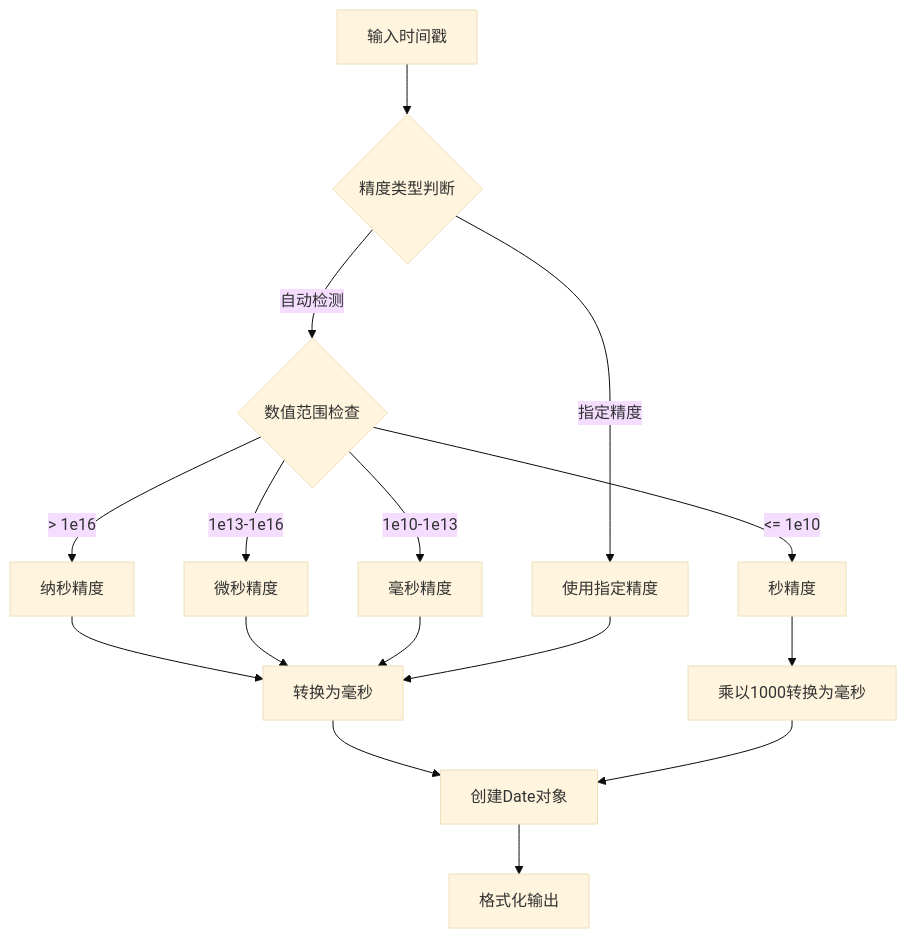
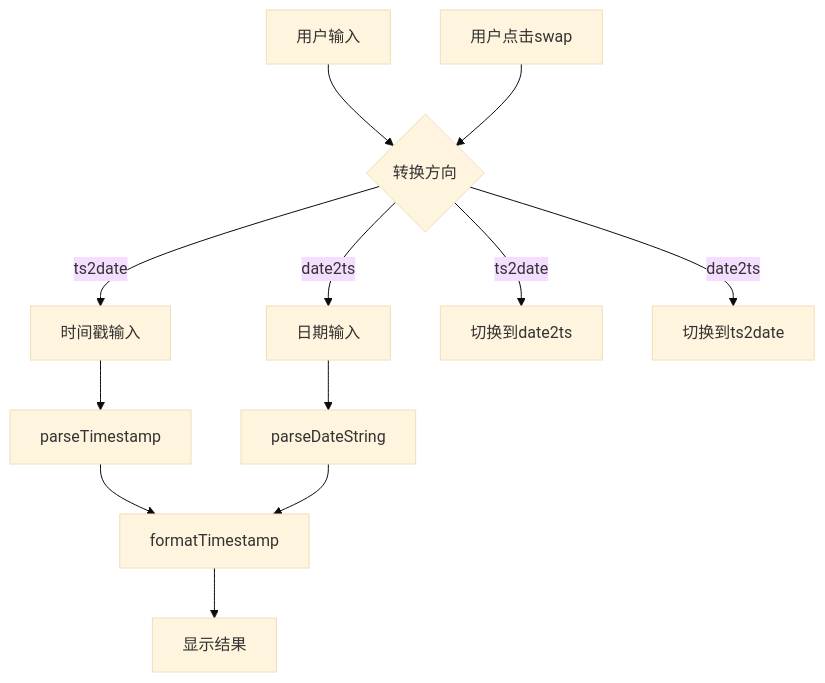
Before and after one commit to sgyy/privadeck: the fourth of 16 diagrams in .qoder/repowiki/zh/content/开发者工具/时间戳工具.md, drawn with Mermaid (base theme). The commit also changed other lines of this file and 3 other files, not shown here.

````diff
--- a/.qoder/repowiki/zh/content/开发者工具/时间戳工具.md
+++ b/.qoder/repowiki/zh/content/开发者工具/时间戳工具.md
@@ -233,18 +239,14 @@
 ```mermaid
 flowchart TD
-A[输入时间戳] --> B{精度类型判断}
-B --> |自动检测| C{数值范围检查}
-B --> |指定精度| D[使用指定精度]
-C --> |> 1e16| E[纳秒精度]
-C --> |1e13-1e16| F[微秒精度]
-C --> |1e10-1e13| G[毫秒精度]
-C --> |<= 1e10| H[秒精度]
-E --> I[转换为毫秒]
-F --> I
-G --> I
-H --> J[乘以1000转换为毫秒]
-D --> I
-I --> K[创建Date对象]
-J --> K
-K --> L[格式化输出]
+A[用户输入] --> B{转换方向}
+B --> |ts2date| C[时间戳输入]
+B --> |date2ts| D[日期输入]
+C --> E[parseTimestamp]
+D --> F[parseDateString]
+E --> G[formatTimestamp]
+F --> G
+G --> H[显示结果]
+I[用户点击swap] --> B
+B --> |ts2date| J[切换到date2ts]
+B --> |date2ts| K[切换到ts2date]
 ```
````
